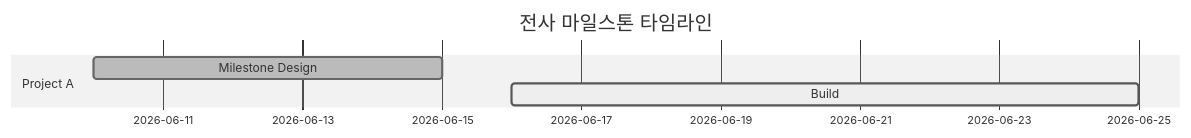
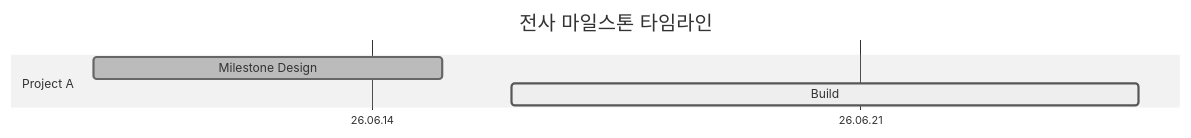
One commit to yoonhwan/ai-feature-pack changed the diagram in feature-pack/cairn/core/golden.view.md. Above: the diagram before and after it, drawn with Mermaid (neutral theme). The commit also changed 2 other files, not shown here.

Commit message:
[cairn] 스케줄 축: 크로스-마일스톤 의존 + 일정 시각화 (Schedule-ops#1) (#5)
* [기능] cairn 스케줄: 크로스-마일스톤 의존 + 일정 시각화 (Schedule-ops#1)

DA 설계 시뮬레이션(byz-release 릴리스 일정)이 드러낸 갭 대응:

- [버그] validate: 태스크 depends_on을 프로젝트 전역 task id로 해소(기존 마일스톤
  내부로만 제한 → 크로스-마일스톤 의존을 오탐 거부). 순환 검사도 프로젝트 전역 그래프로 확대.
- [기능] depends CLI: `depends <project> <node> --on <target> [--remove]`.
  동종(ms↔ms, task↔task)만 허용, 자기참조/미존재/타입불일치 거부 (수기 YAML 편집 제거).
- [기능] 간트 태스크 기간 막대: 0d 점 → start→due 막대(간격 가시화). start 없거나
  start>due면 due 0d 마커로 폴백.
- [기능] 그룹(제품/목표묶음) 단위: 마일스톤에 선택적 group 라벨. render가 group 기준
  버킷화해 mermaid `section {project} · {group}` 출력(미정렬 시 파편화 방지 정렬 포함).
  validate group 제어문자 검사. CLI `set-group <project> <milestone> <name>`(빈 문자열=제거).

DA REVISE 필수 4건 반영: render 정렬 / group 제어문자 검사 / golden 보존 / 빈문자열 제거.
테스트 130→135 통과, self-test OK.

* [기능] 간트 x축 날짜 라벨 가독성: axisFormat %y.%m.%d + tickInterval 1week

매일 라벨이 찍혀 겹치던 문제 → 연 2자리·'.' 구분(26.06.10) + 주 단위 눈금으로 간격 확보.
렌더 헤더 변경에 따라 golden.view.md 갱신(self-test 일치).

---------

````diff
--- a/feature-pack/cairn/core/golden.view.md
+++ b/feature-pack/cairn/core/golden.view.md
@@ -3,9 +3,11 @@
 ```mermaid
 gantt
     dateFormat YYYY-MM-DD
+    axisFormat %y.%m.%d
+    tickInterval 1week
     title 전사 마일스톤 타임라인
     section Project A
     Milestone Design :done, ms1, 2026-06-10, 2026-06-15
     Build :active, ms2, 2026-06-16, 2026-06-25
 
 ```
````
